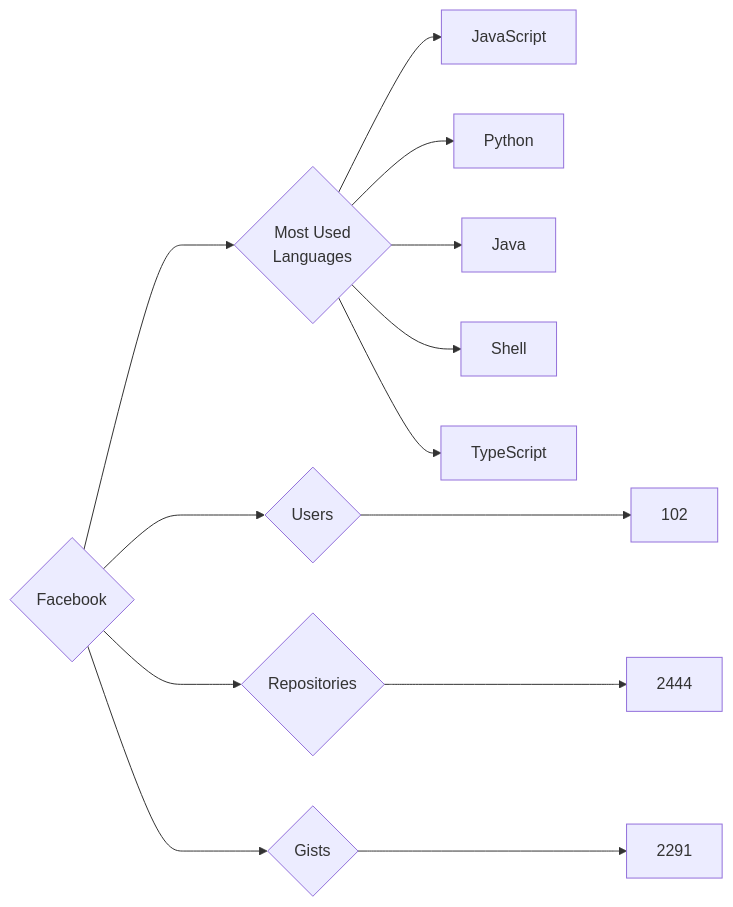
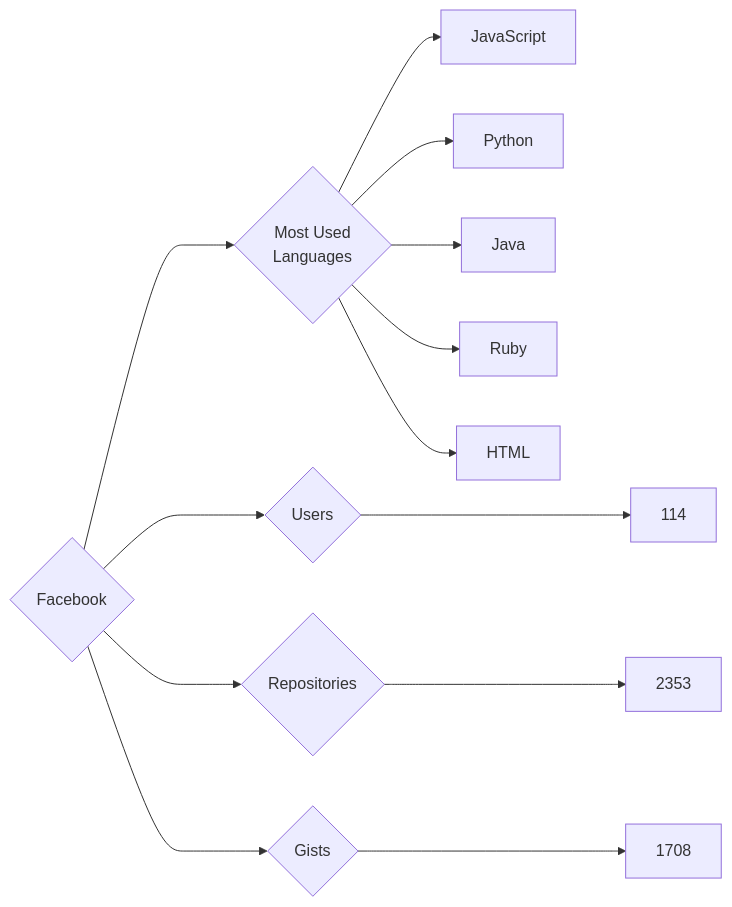
The diagram in targets/Facebook/README.md (trickest/insiders), drawn with Mermaid before and after one commit. The commit also changed 845 other files, not shown here.

````diff
--- a/targets/Facebook/README.md
+++ b/targets/Facebook/README.md
@@ -3,13 +3,13 @@
 ```mermaid
 graph LR
 COMPANY_NAME{Facebook}
-COMPANY_NAME ---> U{Users} ---> UN[102]
-COMPANY_NAME ---> R{Repositories} ---> RN[2444]
-COMPANY_NAME ---> G{Gists} ---> GN[2291]
+COMPANY_NAME ---> U{Users} ---> UN[114]
+COMPANY_NAME ---> R{Repositories} ---> RN[2353]
+COMPANY_NAME ---> G{Gists} ---> GN[1708]
 COMPANY_NAME ---> ML{Most Used<br>Languages}
 ML --> JavaScript[JavaScript]
 ML --> Python[Python]
 ML --> Java[Java]
-ML --> Shell[Shell]
-ML --> TypeScript[TypeScript]
+ML --> Ruby[Ruby]
+ML --> HTML[HTML]
 ```
````
